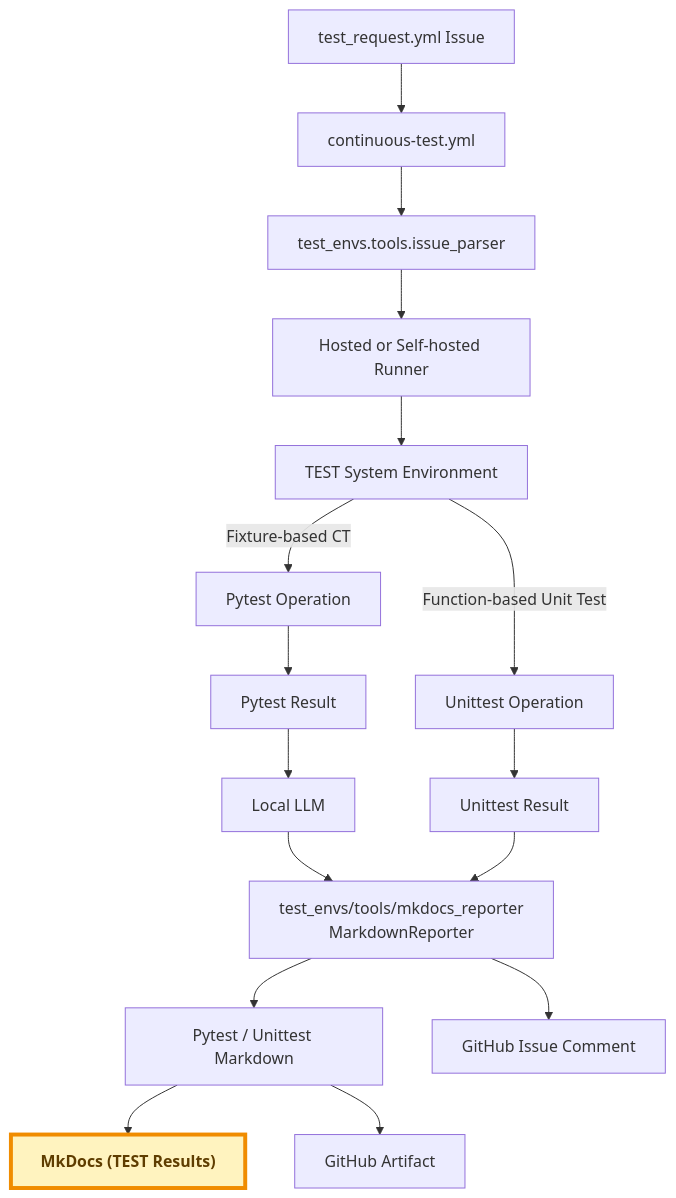
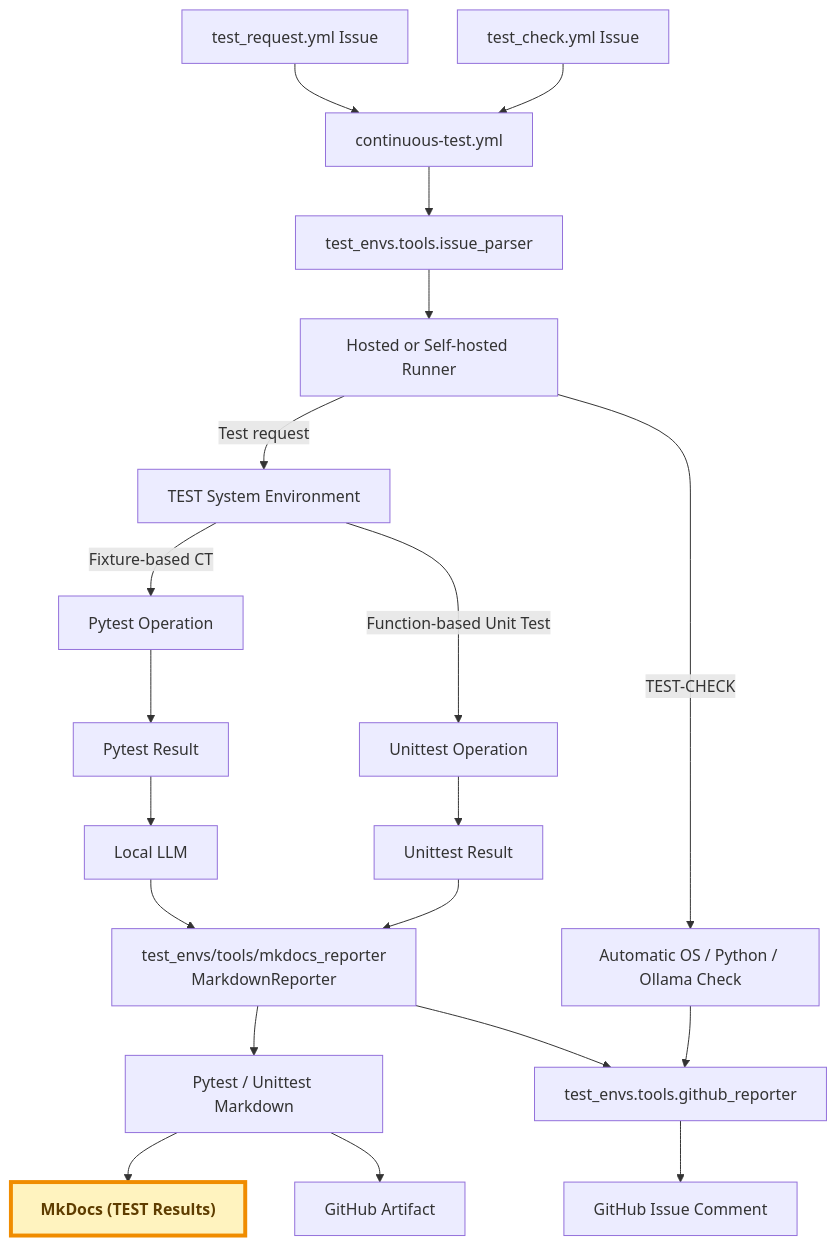
Before and after one commit to JeonghunLee/AI-driven-CI-CT: the second of 2 diagrams in docs/index.md, drawn with Mermaid. The commit also changed other lines of this file and 10 other files, not shown here.

Commit message:
feat: Enhance environment check workflow with automatic detection and reporting of runner details

````diff
--- a/docs/index.md
+++ b/docs/index.md
@@ -127,33 +127,40 @@
 ```mermaid
 flowchart TD
     REQUEST[test_request.yml Issue]
+    CHECK_REQUEST[test_check.yml Issue]
     WORKFLOW[continuous-test.yml]
     PARSER[test_envs.tools.issue_parser]
     RUNNER[Hosted or Self-hosted Runner]
     ENV[TEST System Environment]
+    ENV_CHECK[Automatic OS / Python / Ollama Check]
     PYTEST[Pytest Operation]
     UNITTEST[Unittest Operation]
     PYTEST_RESULT[Pytest Result]
     UNITTEST_RESULT[Unittest Result]
     LLM[Local LLM]
     REPORTER["test_envs/tools/mkdocs_reporter<br/>MarkdownReporter"]
+    GITHUB_REPORTER[test_envs.tools.github_reporter]
     MARKDOWN["Pytest / Unittest Markdown"]
     MKDOCS["MkDocs (TEST Results)"]
     ISSUE[GitHub Issue Comment]
     ARTIFACT[GitHub Artifact]
 
-    REQUEST --> WORKFLOW --> PARSER --> RUNNER --> ENV
+    REQUEST --> WORKFLOW
+    CHECK_REQUEST --> WORKFLOW
+    WORKFLOW --> PARSER --> RUNNER
+    RUNNER -->|Test request| ENV
+    RUNNER -->|TEST-CHECK| ENV_CHECK --> GITHUB_REPORTER --> ISSUE
     ENV -->|Fixture-based CT| PYTEST
     ENV -->|Function-based Unit Test| UNITTEST
 
     PYTEST --> PYTEST_RESULT --> LLM --> REPORTER
     UNITTEST --> UNITTEST_RESULT --> REPORTER
 
     REPORTER --> MARKDOWN
     MARKDOWN --> MKDOCS
-    REPORTER --> ISSUE
+    REPORTER --> GITHUB_REPORTER
     MARKDOWN --> ARTIFACT
 
     classDef testResults fill:#fff3bf,stroke:#f08c00,stroke-width:4px,color:#5f3d00,font-weight:bold
     class MKDOCS testResults
 ```
````
